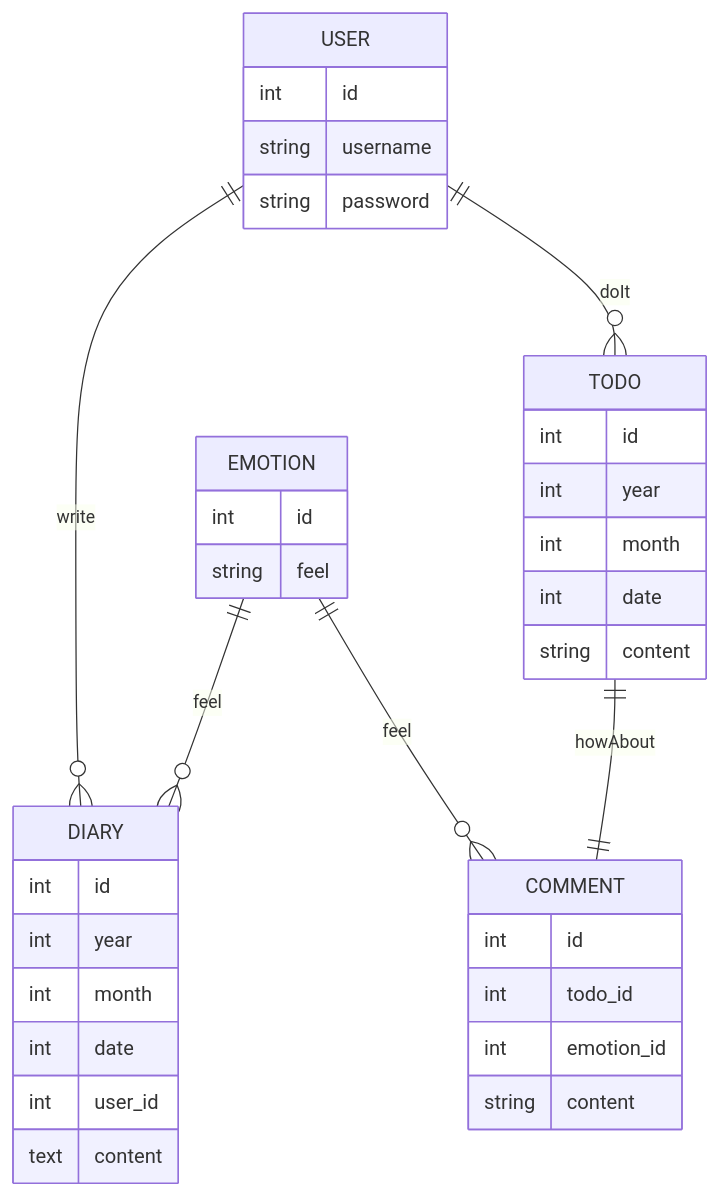
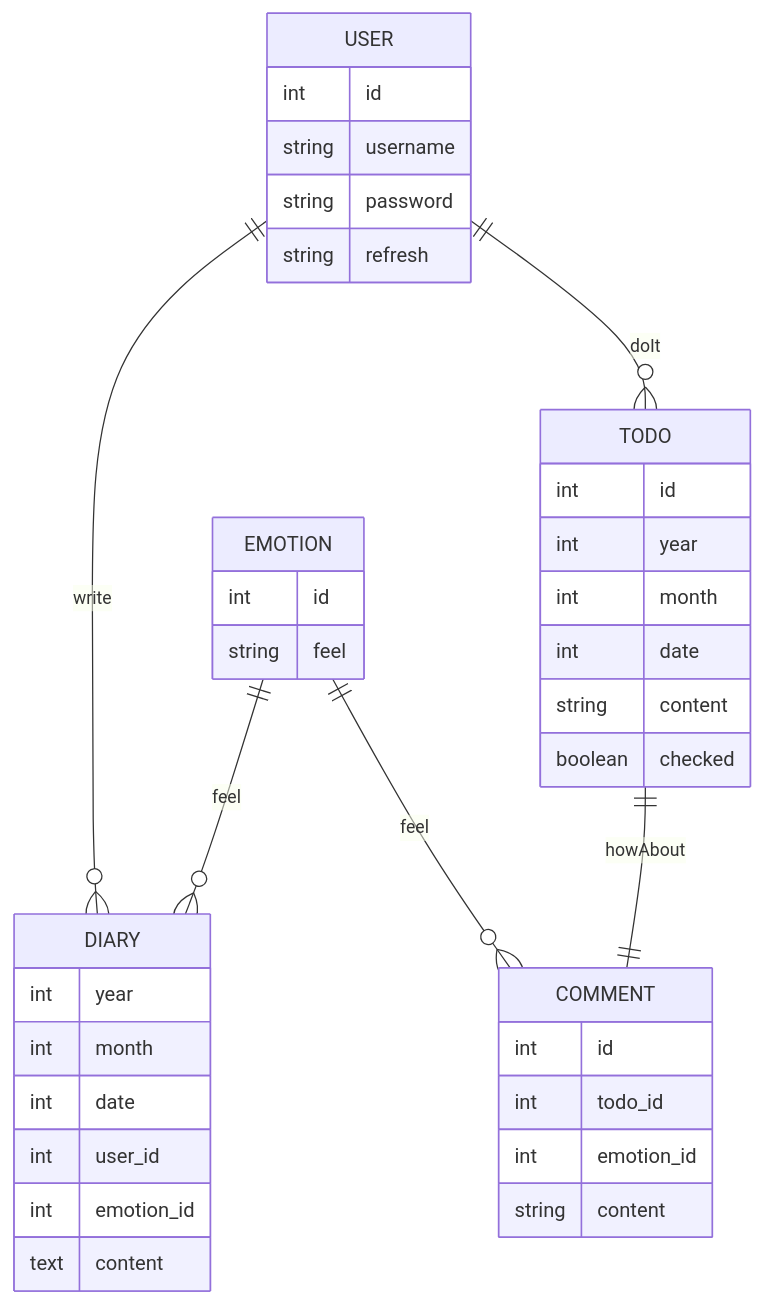
Before and after one commit to hy1203/teamproject2: the diagram in README.md, drawn with Mermaid. The commit also changed 5 other files, not shown here.

````diff
--- a/README.md
+++ b/README.md
@@ -104,38 +104,40 @@
 ```mermaid
 erDiagram
   USER {
     int id
     string username
     string password
+    string refresh
   }
   DIARY {
-    int id
     int year
     int month
     int date
     int user_id
+    int emotion_id
     text content
   }
   TODO {
     int id
     int year
     int month
     int date
     string content
+    boolean checked
   }
   COMMENT {
     int id
     int todo_id
     int emotion_id
     string content
   }
   EMOTION {
     int id
     string feel
   }
   USER ||--o{ DIARY : write
   USER ||--o{ TODO : doIt
   EMOTION ||--o{ DIARY : feel
   EMOTION ||--o{ COMMENT : feel
   TODO ||--|| COMMENT : howAbout
 ```
````
